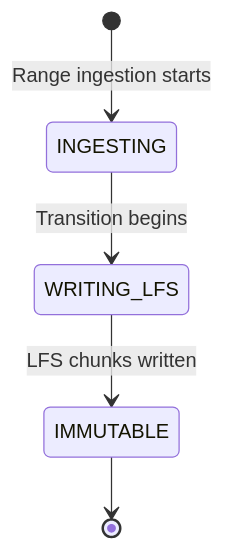
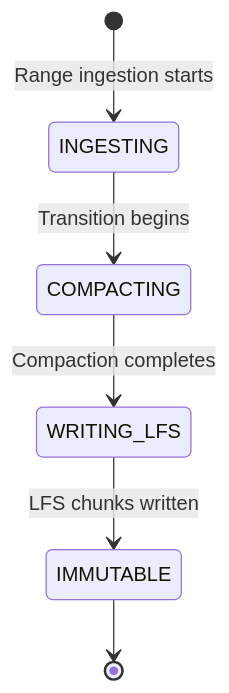
The second of 3 diagrams in design-docs/02-meta-store-design.md (karthikiyer56/stellar-full-history-ingestion), drawn with Mermaid before and after one commit. The commit also changed other lines of this file and 5 other files, not shown here.

Commit message:
docs: add two-level phase tracking, ledger COMPACTING phase, LFS chunk progress, SDK note

````diff
--- a/design-docs/02-meta-store-design.md
+++ b/design-docs/02-meta-store-design.md
@@ -208,7 +210,8 @@
 ```mermaid
 stateDiagram-v2
     [*] --> INGESTING: Range ingestion starts
-    INGESTING --> WRITING_LFS: Transition begins
+    INGESTING --> COMPACTING: Transition begins
+    COMPACTING --> WRITING_LFS: Compaction completes
     WRITING_LFS --> IMMUTABLE: LFS chunks written
     IMMUTABLE --> [*]
 ```
````
